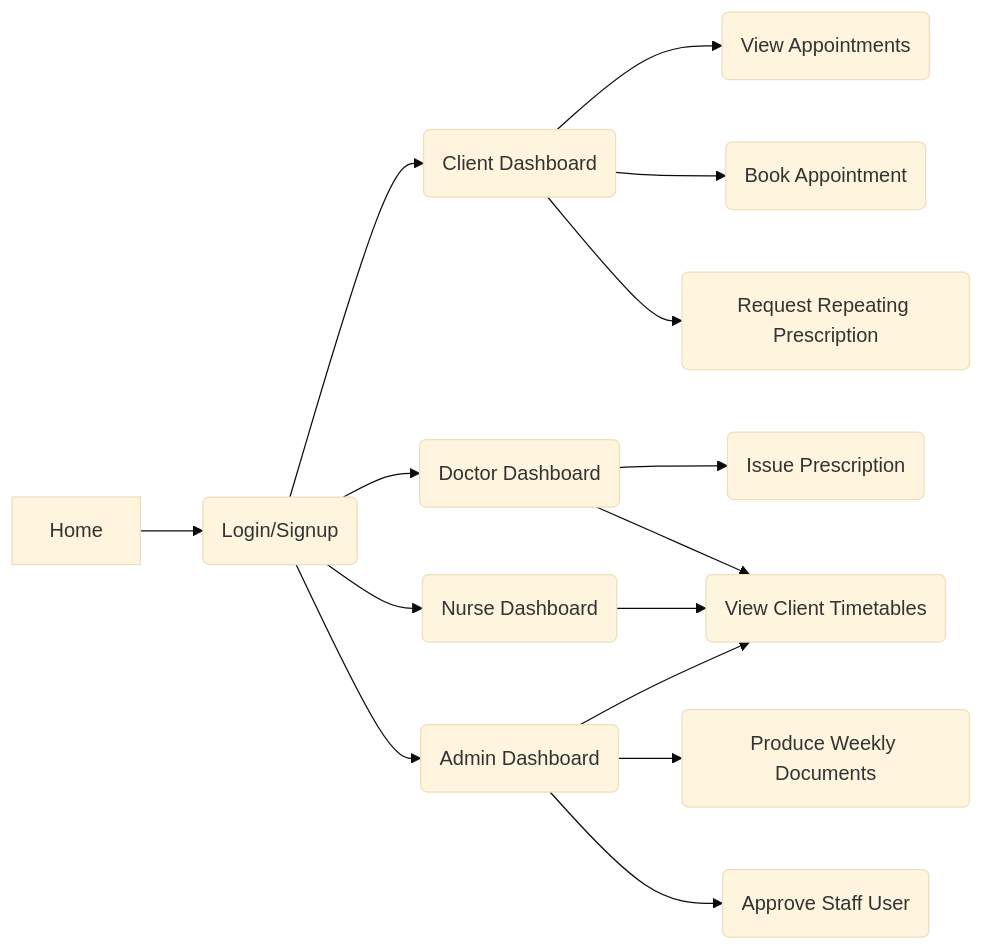
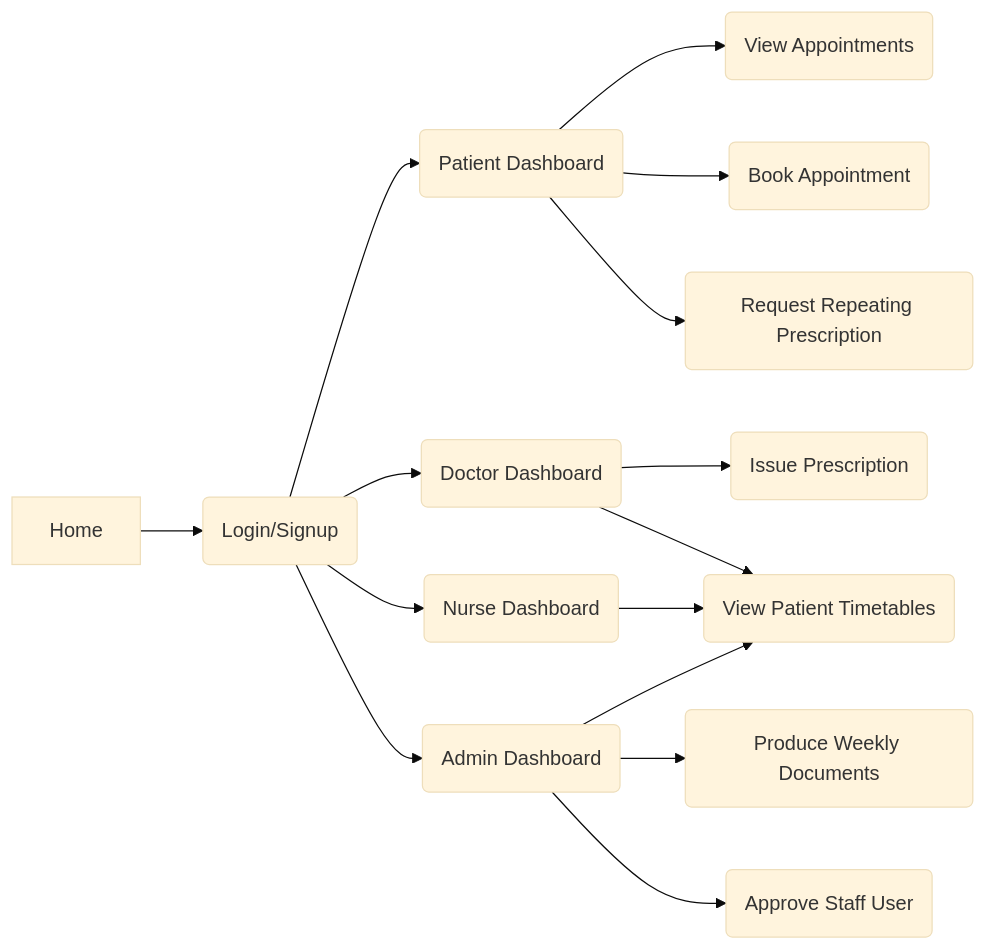
The diagram in documents/prepDoc.md (YatesyTea/esd8SmartCare), drawn with Mermaid (base theme) before and after one commit. The commit also changed other lines of this file, not shown here.

Commit message:
update patient in prepDoc

````diff
--- a/documents/prepDoc.md
+++ b/documents/prepDoc.md
@@ -431,22 +431,22 @@
 ```mermaid
 graph LR
 a[Home] --> b1(Login/Signup)
 	
-	b1 --> c1(Client Dashboard)
+	b1 --> c1(Patient Dashboard)
 		c1 --> pd1(View Appointments)
 		c1 --> pd2(Book Appointment)
 		c1 --> pd3(Request Repeating Prescription)
 		
 	b1 --> c2(Doctor Dashboard)
 		c2 --> sd2(Issue Prescription)
-		c2 --> sd1(View Client Timetables)
+		c2 --> sd1(View Patient Timetables)
 
 		
 	b1 --> c4(Nurse Dashboard)
-		c4 --> sd1(View Client Timetables)
+		c4 --> sd1(View Patient Timetables)
 		
 	b1 --> c3(Admin Dashboard)
 		c3 --> ad1(Produce Weekly Documents)
 		c3 --> ad2(Approve Staff User)
-		c3 --> sd1(View Client Timetables)
+		c3 --> sd1(View Patient Timetables)
 ```
````
